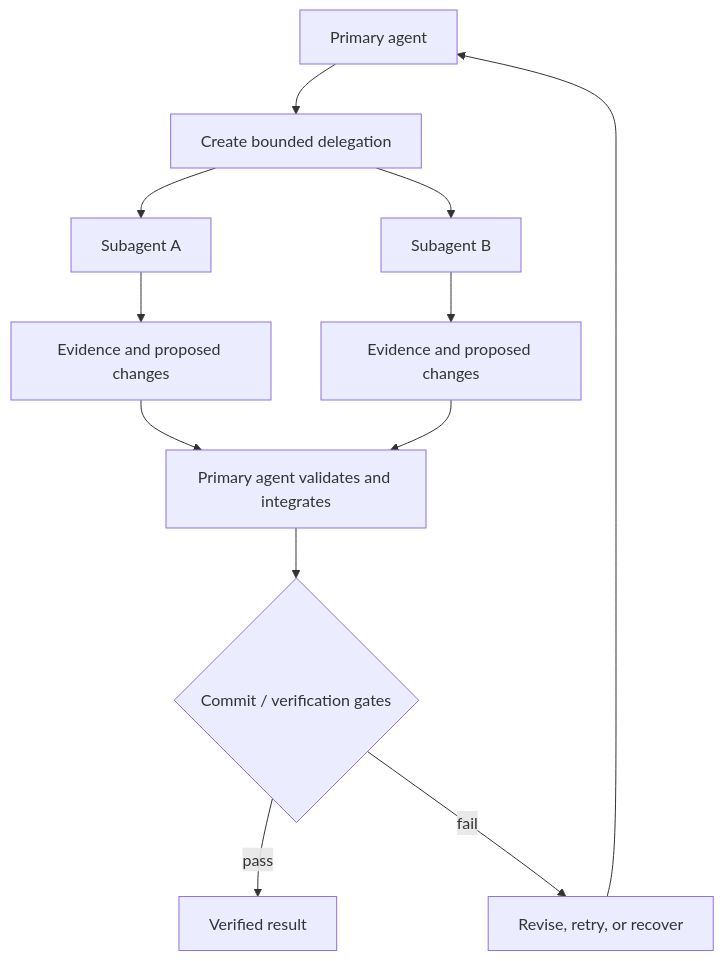
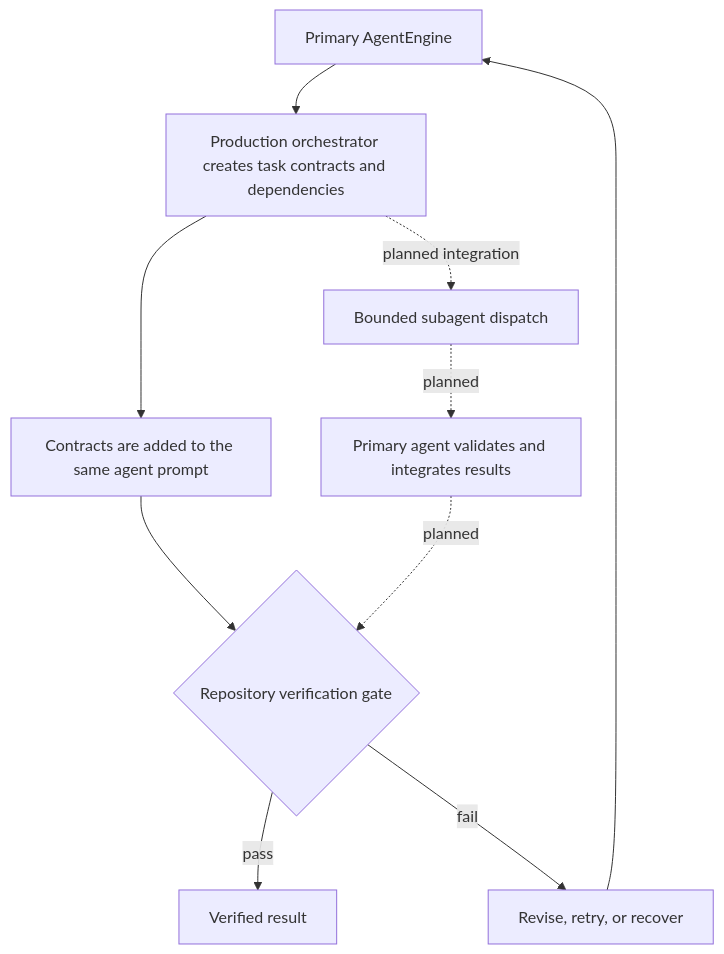
Before and after one commit to benclawbot/Medusa: the third of 5 diagrams in docs/ARCHITECTURE.md, drawn with Mermaid. The commit also changed other lines of this file and 5 other files, not shown here.

First line of the commit message:
Correct product architecture capability status (#403)

````diff
--- a/docs/ARCHITECTURE.md
+++ b/docs/ARCHITECTURE.md
@@ -72,14 +72,12 @@
 ```mermaid
 flowchart TD
-    P[Primary agent] --> D[Create bounded delegation]
-    D --> S1[Subagent A]
-    D --> S2[Subagent B]
-    S1 --> E1[Evidence and proposed changes]
-    S2 --> E2[Evidence and proposed changes]
-    E1 --> I[Primary agent validates and integrates]
-    E2 --> I
-    I --> G{Commit / verification gates}
+    P[Primary AgentEngine] --> C[Production orchestrator creates task contracts and dependencies]
+    C --> E[Contracts are added to the same agent prompt]
+    E --> G{Repository verification gate}
     G -->|pass| Done[Verified result]
     G -->|fail| Fix[Revise, retry, or recover]
     Fix --> P
+    C -. planned integration .-> D[Bounded subagent dispatch]
+    D -. planned .-> I[Primary agent validates and integrates results]
+    I -. planned .-> G
 ```
````
